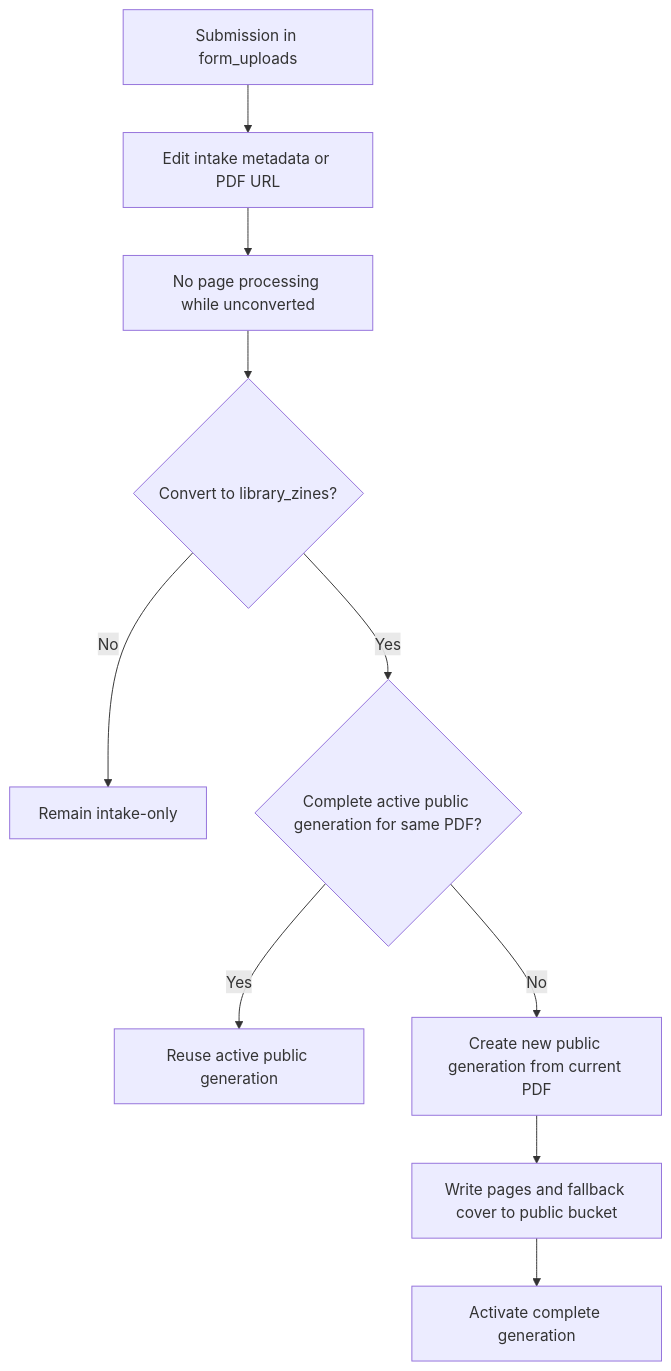
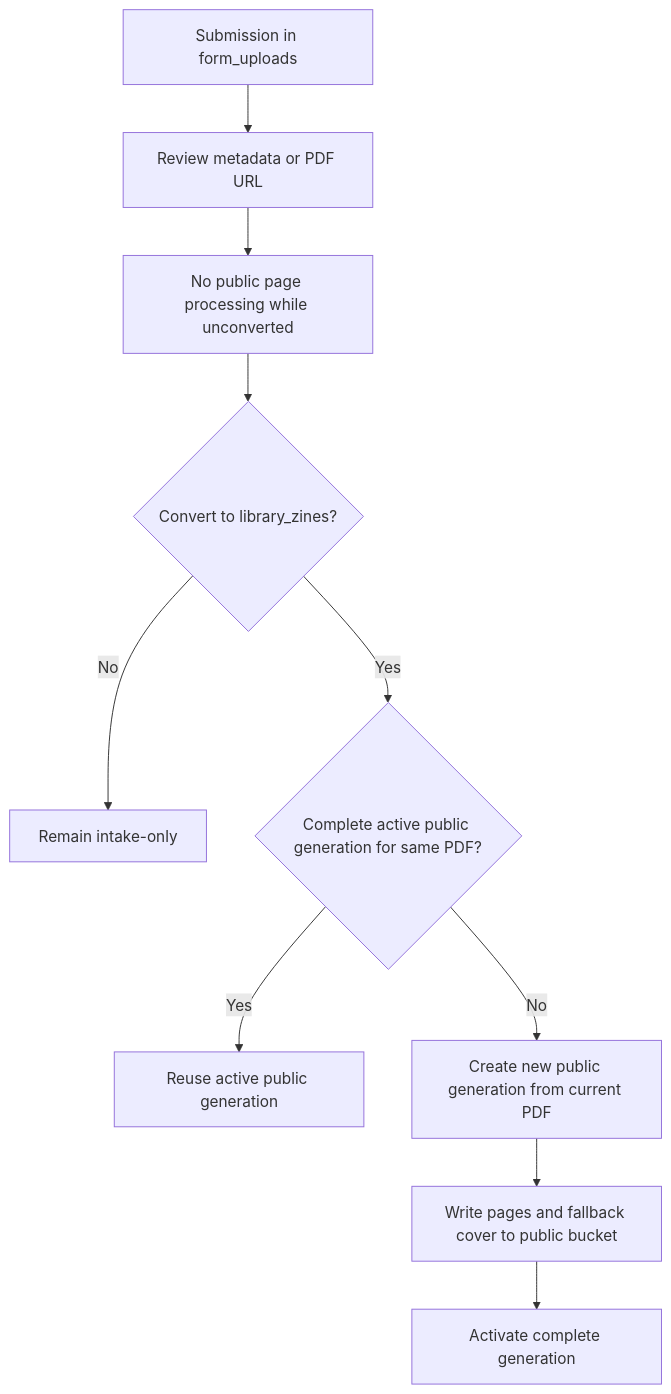
The second of 2 diagrams in docs/specs/page-processing-and-asset-lifecycle.md (lumamontes/biblioteca-de-zines), drawn with Mermaid before and after one commit. The commit also changed other lines of this file and 35 other files, not shown here.

````diff
--- a/docs/specs/page-processing-and-asset-lifecycle.md
+++ b/docs/specs/page-processing-and-asset-lifecycle.md
@@ -74,12 +89,12 @@
 ```mermaid
 flowchart TD
-    A[Submission in form_uploads] --> B[Edit intake metadata or PDF URL]
-    B --> C[No page processing while unconverted]
+    A[Submission in form_uploads] --> B[Review metadata or PDF URL]
+    B --> C[No public page processing while unconverted]
     C --> D{Convert to library_zines?}
     D -- No --> E[Remain intake-only]
     D -- Yes --> F{Complete active public generation for same PDF?}
     F -- Yes --> G[Reuse active public generation]
     F -- No --> H[Create new public generation from current PDF]
     H --> I[Write pages and fallback cover to public bucket]
     I --> J[Activate complete generation]
 ```
````
